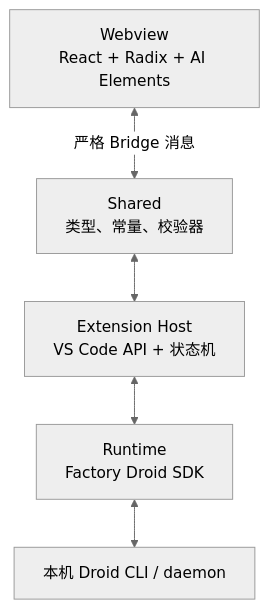
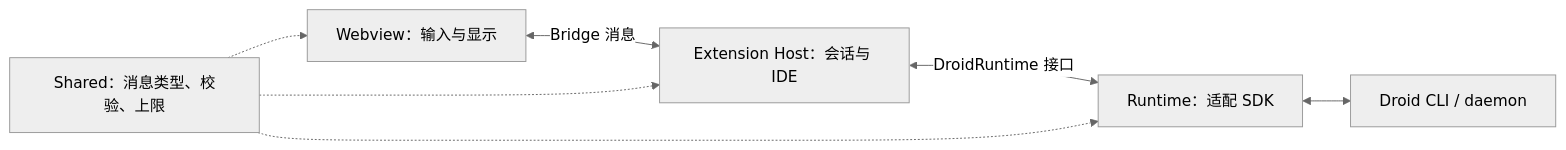
One commit to fireman-droid/droid-for-vscode changed the first of 3 diagrams in docs/ARCHITECTURE.md. Above: the diagram before and after it, drawn with Mermaid (neutral theme). The commit also changed other lines of this file and 701 other files, not shown here.

````diff
--- a/docs/ARCHITECTURE.md
+++ b/docs/ARCHITECTURE.md
@@ -136,7 +12,9 @@
 ```mermaid
-flowchart TD
-    WV[Webview\nReact + Radix + AI Elements] <-->|严格 Bridge 消息| SH[Shared\n类型、常量、校验器]
-    SH <--> HOST[Extension Host\nVS Code API + 状态机]
-    HOST <--> RT[Runtime\nFactory Droid SDK]
-    RT <--> DROID[本机 Droid CLI / daemon]
+flowchart LR
+    UI[Webview：输入与显示] <-->|Bridge 消息| Host[Extension Host：会话与 IDE]
+    Host <-->|DroidRuntime 接口| Runtime[Runtime：适配 SDK]
+    Runtime <--> Droid[Droid CLI / daemon]
+    Shared[Shared：消息类型、校验、上限] -.-> UI
+    Shared -.-> Host
+    Shared -.-> Runtime
 ```
````
